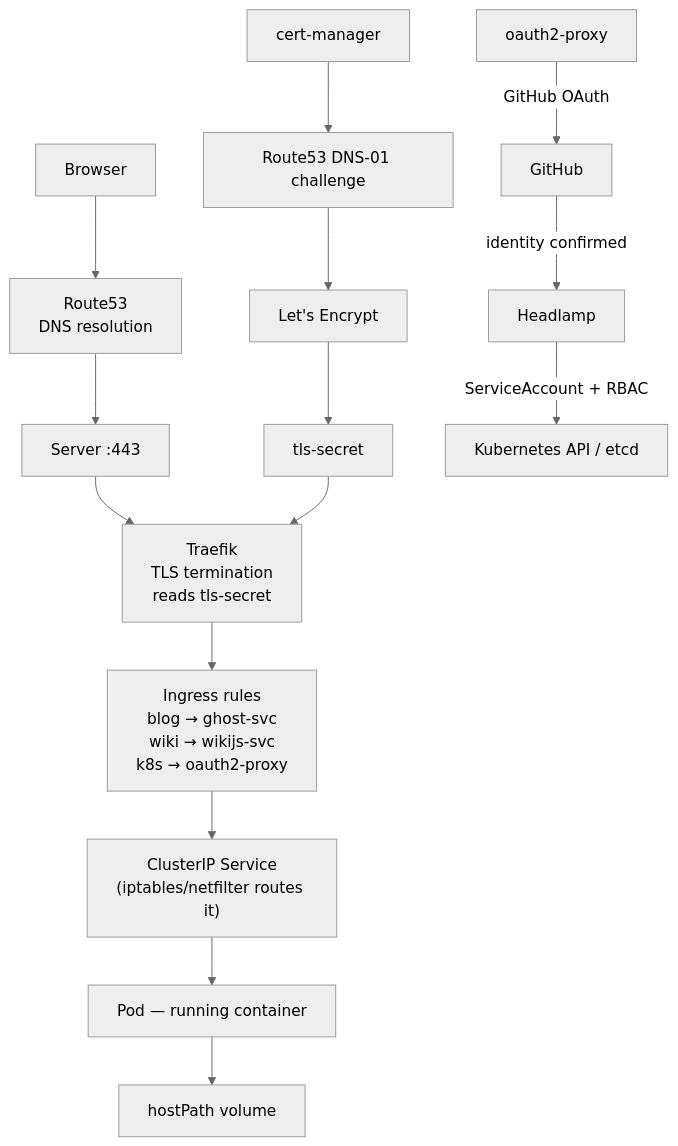
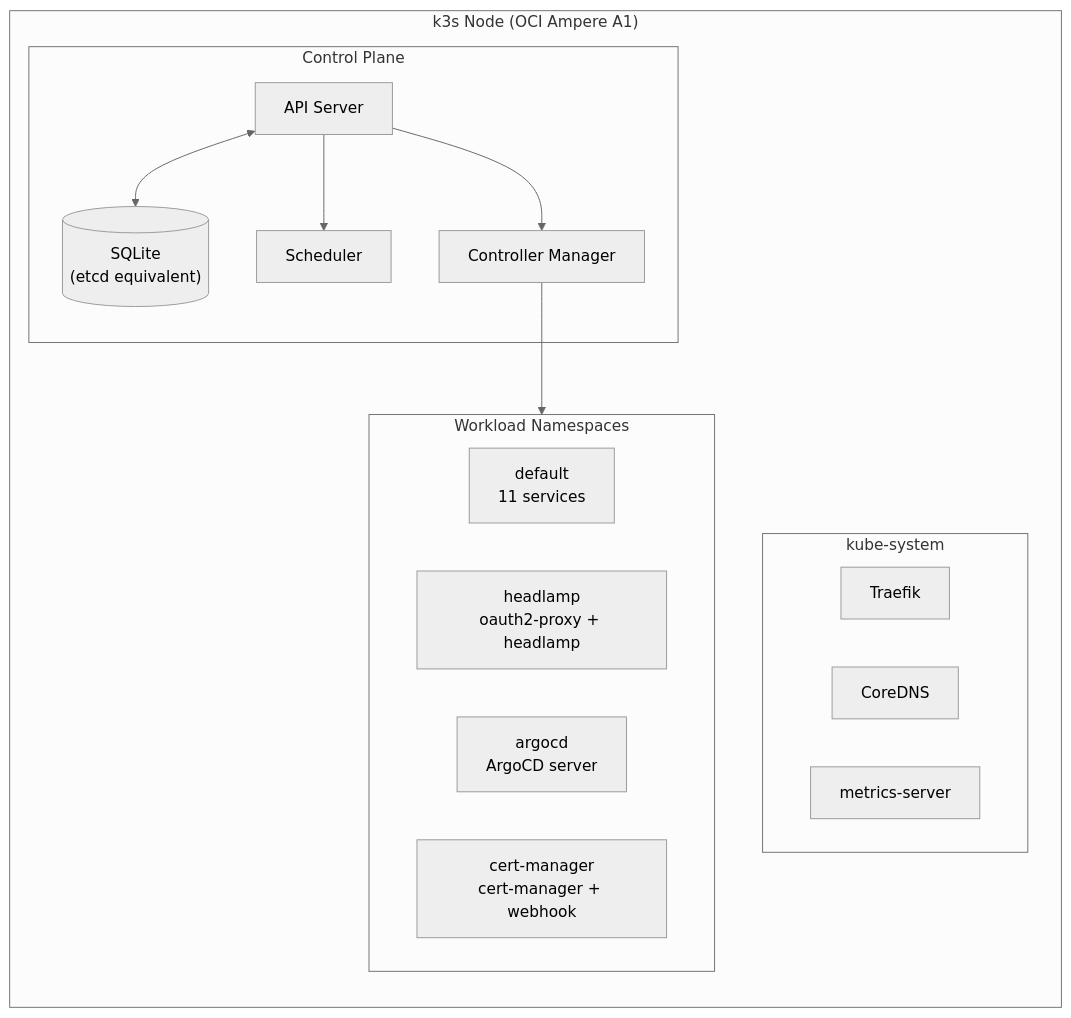
The ninth of 9 diagrams in README.md (bookseal/bit-habit-infra), drawn with Mermaid (neutral theme) before and after one commit. The commit also changed other lines of this file and 1 other file, not shown here.

````diff
--- a/README.md
+++ b/README.md
@@ -689,19 +248,30 @@
 ```mermaid
-flowchart TD
-    Browser --> DNS["Route53\nDNS resolution"]
-    DNS --> IP["Server :443"]
-    IP --> Traefik["Traefik\nTLS termination\nreads tls-secret"]
-    Traefik --> IR["Ingress rules\nblog → ghost-svc\nwiki → wikijs-svc\nk8s → oauth2-proxy"]
-    IR --> Svc["ClusterIP Service\n(iptables/netfilter routes it)"]
-    Svc --> Pod["Pod — running container"]
-    Pod --> Vol["hostPath volume"]
+flowchart TB
+    subgraph NODE["k3s Node (OCI Ampere A1)"]
+        direction TB
+        subgraph CP["Control Plane"]
+            APISERVER["API Server"]
+            SCHED["Scheduler"]
+            CTRL["Controller Manager"]
+            SQLITE[("SQLite\n(etcd equivalent)")]
+        end
 
-    CM["cert-manager"] --> R53["Route53 DNS-01 challenge"]
-    R53 --> LE["Let's Encrypt"]
-    LE --> Secret["tls-secret"]
-    Secret --> Traefik
+        subgraph SYSTEM["kube-system"]
+            TRAEFIK["Traefik"]
+            COREDNS["CoreDNS"]
+            METRICS["metrics-server"]
+        end
 
-    OA["oauth2-proxy"] -->|"GitHub OAuth"| G["GitHub"]
-    G -->|"identity confirmed"| H["Headlamp"]
-    H -->|"ServiceAccount + RBAC"| K["Kubernetes API / etcd"]
+        subgraph WORKLOADS["Workload Namespaces"]
+            DEFAULT["default\n11 services"]
+            HEADLAMP_NS["headlamp\noauth2-proxy + headlamp"]
+            ARGOCD_NS["argocd\nArgoCD server"]
+            CERTMGR_NS["cert-manager\ncert-manager + webhook"]
+        end
+
+        APISERVER <--> SQLITE
+        APISERVER --> SCHED
+        APISERVER --> CTRL
+        CTRL --> WORKLOADS
+    end
 ```
````
